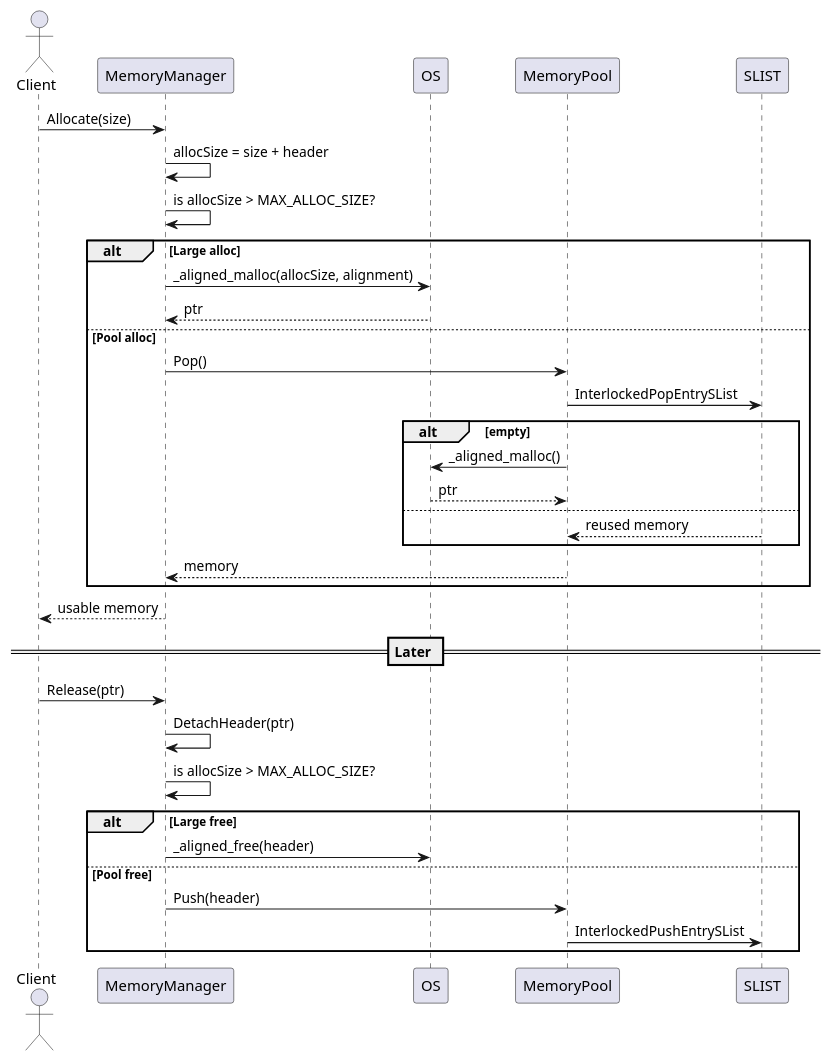
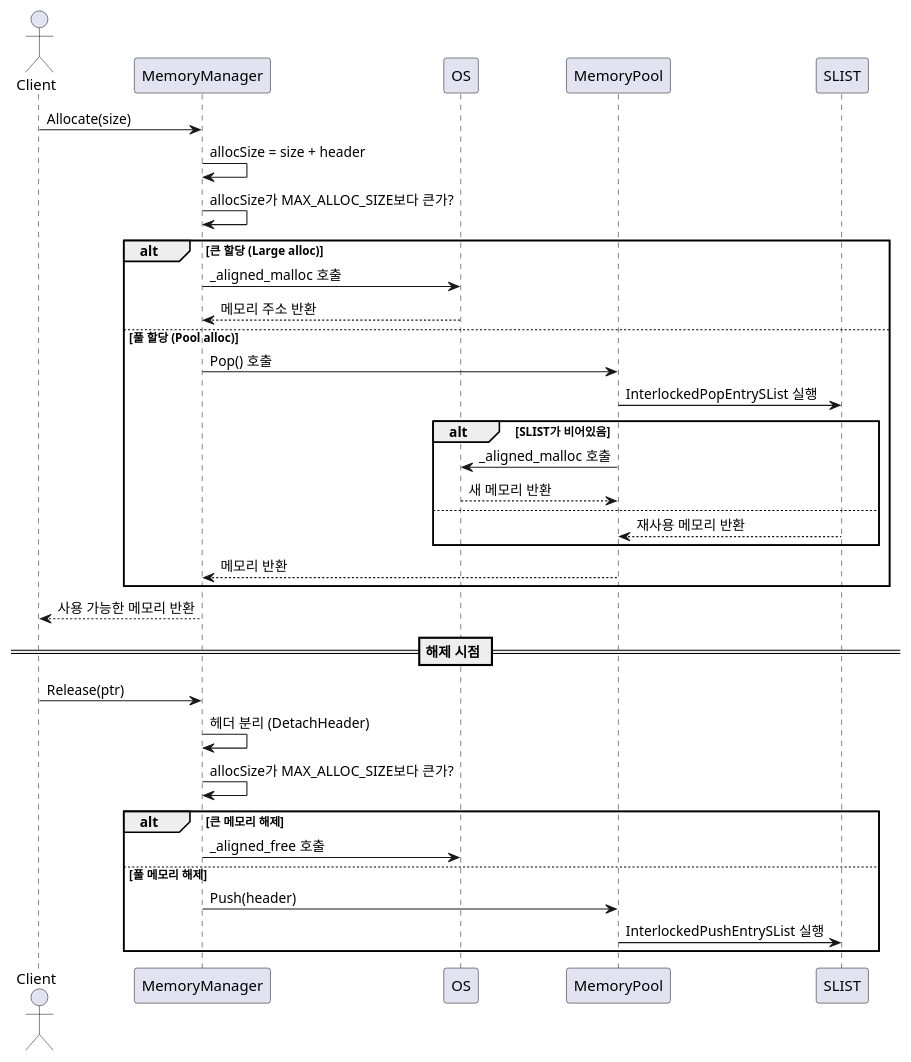
The diagram in Description/메모리/메모리 할당 및 해제 과정.puml (ChoiJaeho180/CPP_Server), drawn with PlantUML before and after one commit. The commit also changed 7 other files, not shown here.

```diff
--- a/Description/메모리/메모리 할당 및 해제 과정.puml
+++ b/Description/메모리/메모리 할당 및 해제 과정.puml
@@ -1,37 +1,37 @@
 @startuml
 actor Client
 
 Client -> MemoryManager : Allocate(size)
 MemoryManager -> MemoryManager : allocSize = size + header
-MemoryManager -> MemoryManager : is allocSize > MAX_ALLOC_SIZE?
+MemoryManager -> MemoryManager : allocSize가 MAX_ALLOC_SIZE보다 큰가?
 
-alt Large alloc
-    MemoryManager -> OS : _aligned_malloc(allocSize, alignment)
-    OS --> MemoryManager : ptr
-else Pool alloc
-    MemoryManager -> MemoryPool : Pop()
-    MemoryPool -> SLIST : InterlockedPopEntrySList
-    alt empty
-        MemoryPool -> OS : _aligned_malloc()
-        OS --> MemoryPool : ptr
+alt 큰 할당 (Large alloc)
+    MemoryManager -> OS : _aligned_malloc 호출
+    OS --> MemoryManager : 메모리 주소 반환
+else 풀 할당 (Pool alloc)
+    MemoryManager -> MemoryPool : Pop() 호출
+    MemoryPool -> SLIST : InterlockedPopEntrySList 실행
+    alt SLIST가 비어있음
+        MemoryPool -> OS : _aligned_malloc 호출
+        OS --> MemoryPool : 새 메모리 반환
     else
-        SLIST --> MemoryPool : reused memory
+        SLIST --> MemoryPool : 재사용 메모리 반환
     end
-    MemoryPool --> MemoryManager : memory
+    MemoryPool --> MemoryManager : 메모리 반환
 end
-MemoryManager --> Client : usable memory
+MemoryManager --> Client : 사용 가능한 메모리 반환
 
-== Later ==
+== 해제 시점 ==
 
 Client -> MemoryManager : Release(ptr)
-MemoryManager -> MemoryManager : DetachHeader(ptr)
-MemoryManager -> MemoryManager : is allocSize > MAX_ALLOC_SIZE?
+MemoryManager -> MemoryManager : 헤더 분리 (DetachHeader)
+MemoryManager -> MemoryManager : allocSize가 MAX_ALLOC_SIZE보다 큰가?
 
-alt Large free
-    MemoryManager -> OS : _aligned_free(header)
-else Pool free
+alt 큰 메모리 해제
+    MemoryManager -> OS : _aligned_free 호출
+else 풀 메모리 해제
     MemoryManager -> MemoryPool : Push(header)
-    MemoryPool -> SLIST : InterlockedPushEntrySList
+    MemoryPool -> SLIST : InterlockedPushEntrySList 실행
 end
 
 @enduml
```
